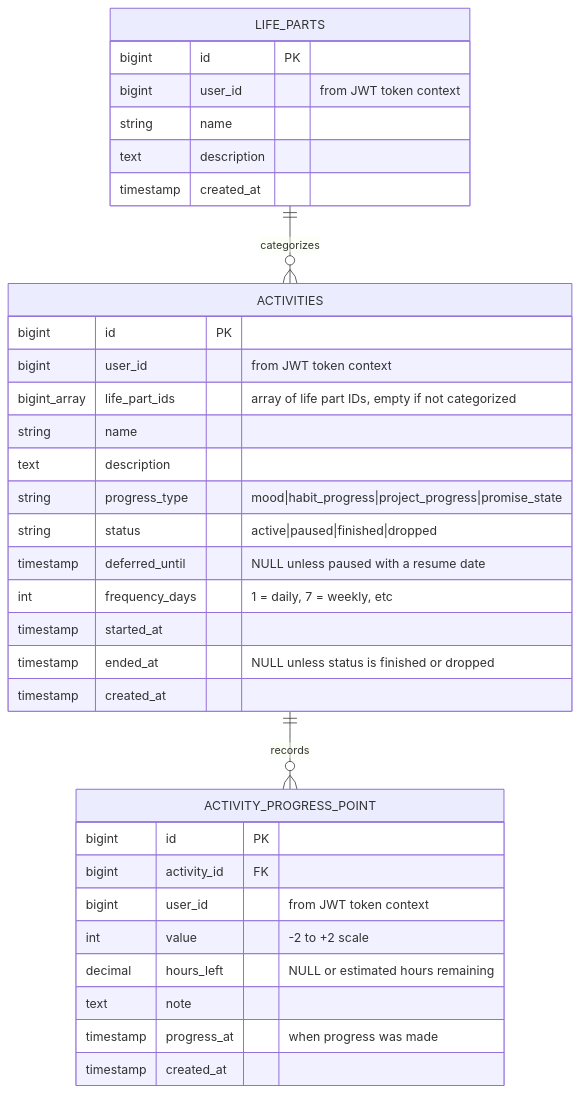
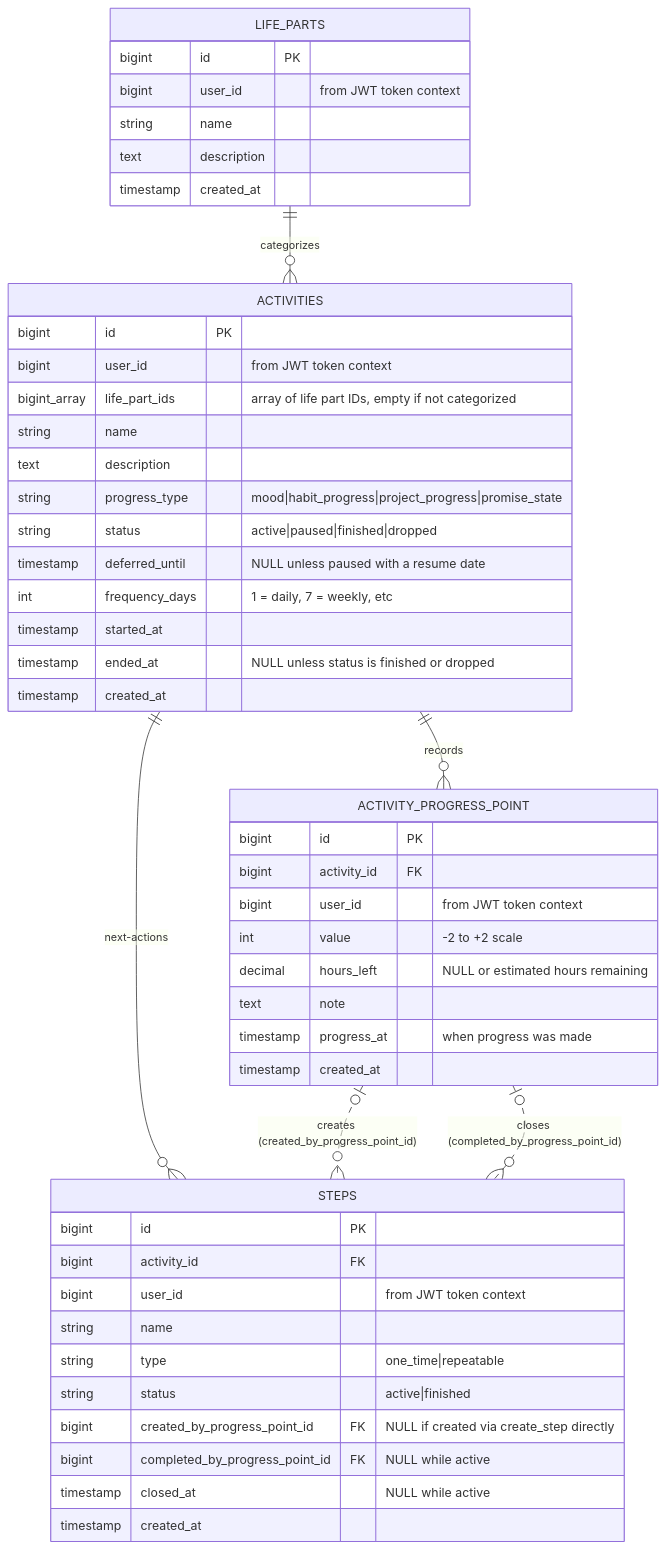
Before and after one commit to rusinikita/personal: the first of 4 diagrams in docs/functions/progress-spec.md, drawn with Mermaid. The commit also changed other lines of this file and 15 other files, not shown here.

First line of the commit message:
feat(progress): add Steps — next-action tasks tied to an activity

````diff
--- a/docs/functions/progress-spec.md
+++ b/docs/functions/progress-spec.md
@@ -40,39 +49,55 @@
 ```mermaid
 erDiagram
     LIFE_PARTS ||--o{ ACTIVITIES : categorizes
     ACTIVITIES ||--o{ ACTIVITY_PROGRESS_POINT : records
+    ACTIVITIES ||--o{ STEPS : "next-actions"
+    ACTIVITY_PROGRESS_POINT |o..o{ STEPS : "creates (created_by_progress_point_id)"
+    ACTIVITY_PROGRESS_POINT |o..o{ STEPS : "closes (completed_by_progress_point_id)"
 
     LIFE_PARTS {
         bigint id PK
         bigint user_id "from JWT token context"
         string name
         text description
         timestamp created_at
     }
 
     ACTIVITIES {
         bigint id PK
         bigint user_id "from JWT token context"
         bigint_array life_part_ids "array of life part IDs, empty if not categorized"
         string name
         text description
         string progress_type "mood|habit_progress|project_progress|promise_state"
         string status "active|paused|finished|dropped"
         timestamp deferred_until "NULL unless paused with a resume date"
         int frequency_days "1 = daily, 7 = weekly, etc"
         timestamp started_at
         timestamp ended_at "NULL unless status is finished or dropped"
         timestamp created_at
     }
 
     ACTIVITY_PROGRESS_POINT {
         bigint id PK
         bigint activity_id FK
         bigint user_id "from JWT token context"
         int value "-2 to +2 scale"
         decimal hours_left "NULL or estimated hours remaining"
         text note
         timestamp progress_at "when progress was made"
         timestamp created_at
     }
+
+    STEPS {
+        bigint id PK
+        bigint activity_id FK
+        bigint user_id "from JWT token context"
+        string name
+        string type "one_time|repeatable"
+        string status "active|finished"
+        bigint created_by_progress_point_id FK "NULL if created via create_step directly"
+        bigint completed_by_progress_point_id FK "NULL while active"
+        timestamp closed_at "NULL while active"
+        timestamp created_at
+    }
 ```
````
